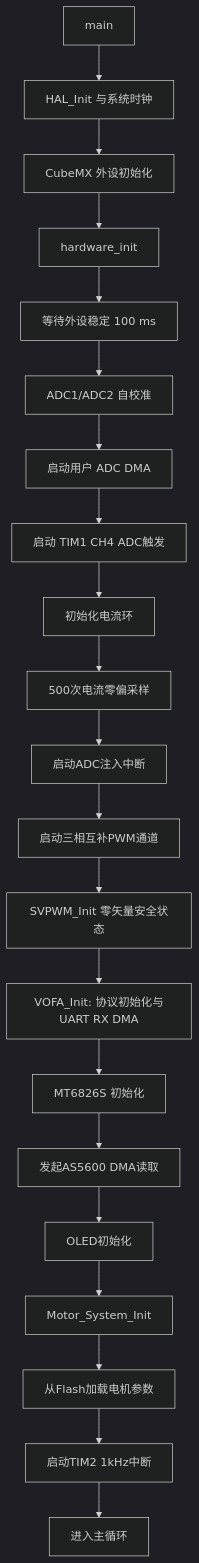
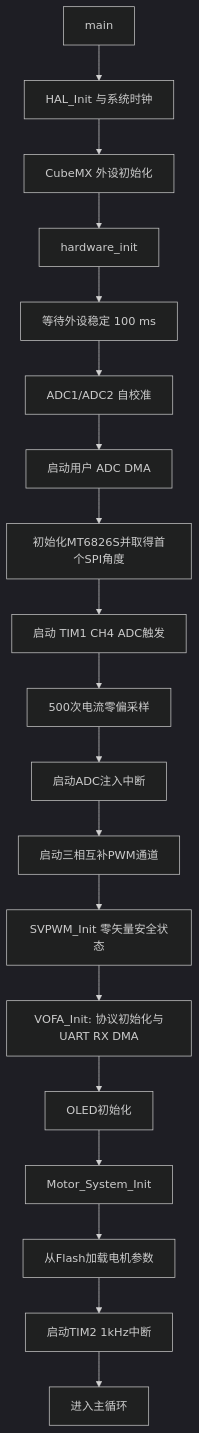
One commit to xtt02266-hue/g431_foc changed the first of 4 diagrams in docs/下位机功能与上位机通信说明.md. Above: the diagram before and after it, drawn with Mermaid (dark theme). The commit also changed other lines of this file and 35 other files, not shown here.

````diff
--- a/docs/下位机功能与上位机通信说明.md
+++ b/docs/下位机功能与上位机通信说明.md
@@ -68,23 +80,21 @@
 ```mermaid
 flowchart TD
     A[main] --> B[HAL_Init 与系统时钟]
     B --> C[CubeMX 外设初始化]
     C --> D[hardware_init]
     D --> E[等待外设稳定 100 ms]
     E --> F[ADC1/ADC2 自校准]
     F --> G[启动用户 ADC DMA]
-    G --> H[启动 TIM1 CH4 ADC触发]
-    H --> I[初始化电流环]
+    G --> H[初始化MT6826S并取得首个SPI角度]
+    H --> I[启动 TIM1 CH4 ADC触发]
     I --> J[500次电流零偏采样]
     J --> K[启动ADC注入中断]
     K --> L[启动三相互补PWM通道]
     L --> M[SVPWM_Init 零矢量安全状态]
     M --> N[VOFA_Init: 协议初始化与UART RX DMA]
-    N --> O[MT6826S 初始化]
-    O --> P[发起AS5600 DMA读取]
-    P --> Q[OLED初始化]
+    N --> Q[OLED初始化]
     Q --> R[Motor_System_Init]
     R --> S[从Flash加载电机参数]
     S --> T[启动TIM2 1kHz中断]
     T --> U[进入主循环]
 ```
````
